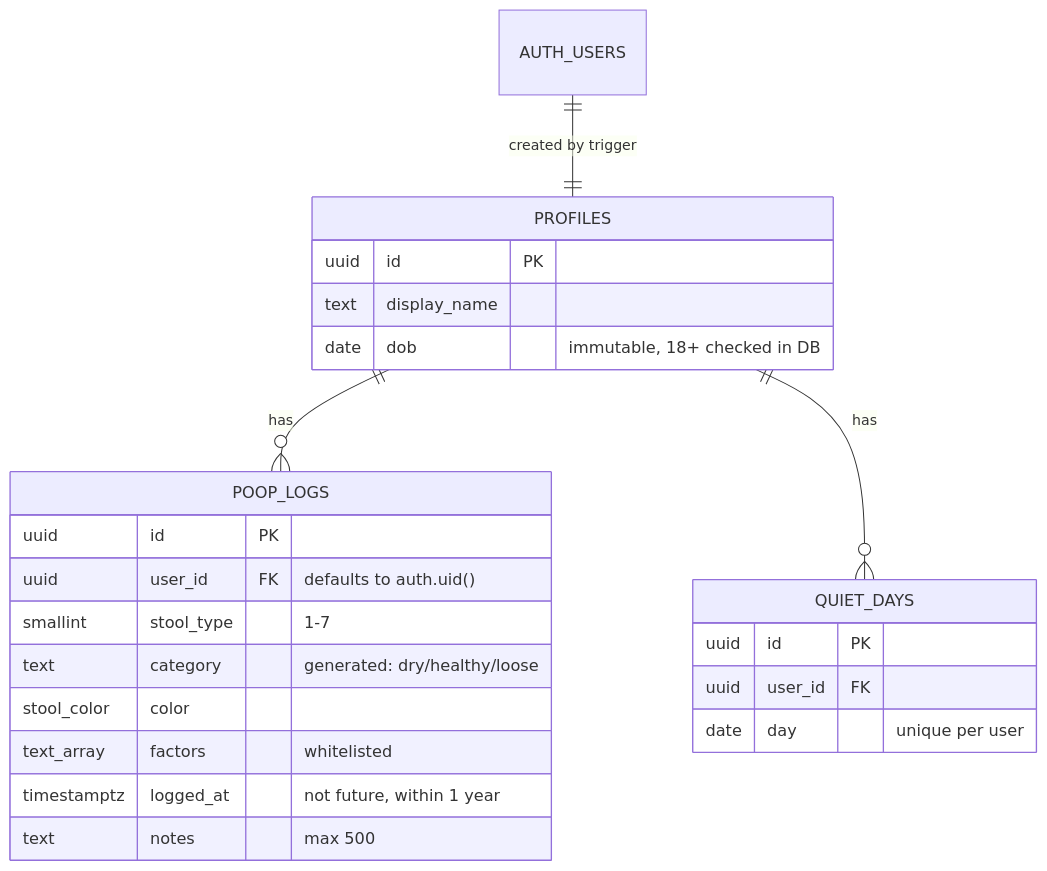
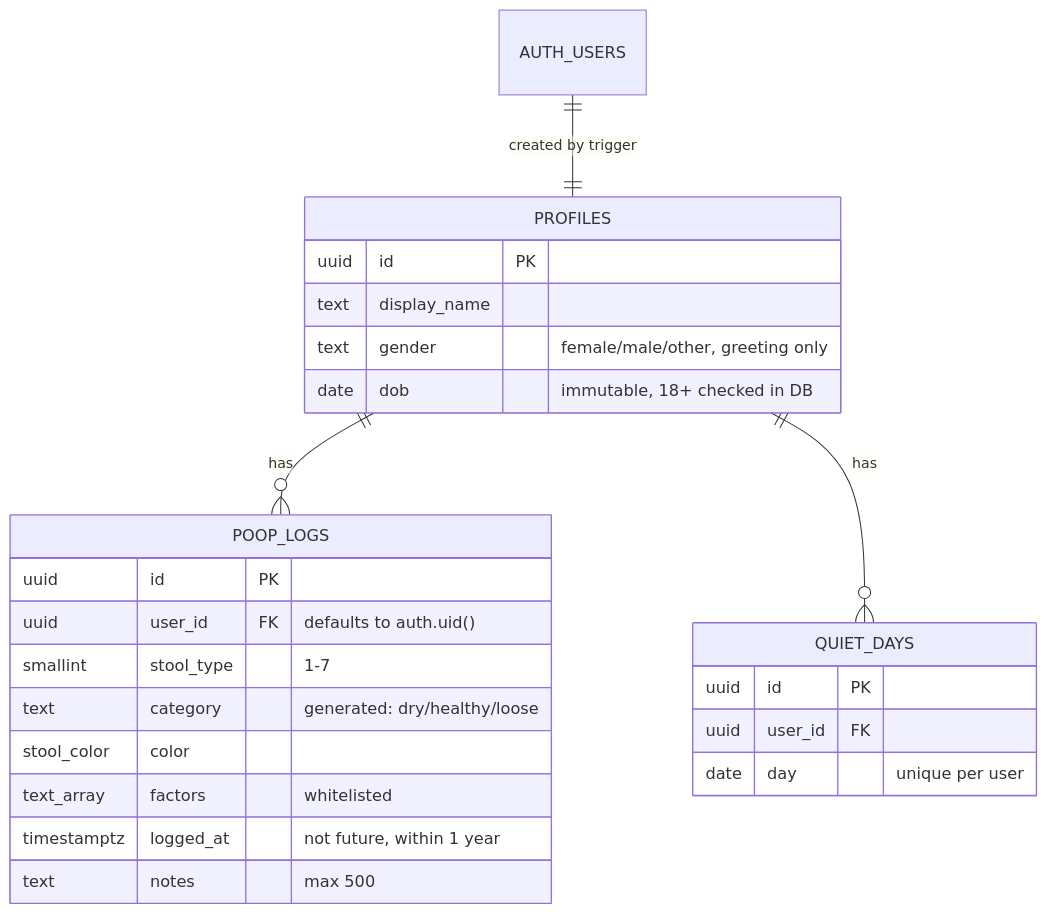
The second of 2 diagrams in README.md (jff-stack/stardrop-logs), drawn with Mermaid before and after one commit. The commit also changed other lines of this file and 30 other files, not shown here.

````diff
--- a/README.md
+++ b/README.md
@@ -89,27 +89,28 @@
 ```mermaid
 erDiagram
   AUTH_USERS ||--|| PROFILES : "created by trigger"
   PROFILES ||--o{ POOP_LOGS : has
   PROFILES ||--o{ QUIET_DAYS : has
 
   PROFILES {
     uuid id PK
     text display_name
+    text gender "female/male/other, greeting only"
     date dob "immutable, 18+ checked in DB"
   }
   POOP_LOGS {
     uuid id PK
     uuid user_id FK "defaults to auth.uid()"
     smallint stool_type "1-7"
     text category "generated: dry/healthy/loose"
     stool_color color
     text_array factors "whitelisted"
     timestamptz logged_at "not future, within 1 year"
     text notes "max 500"
   }
   QUIET_DAYS {
     uuid id PK
     uuid user_id FK
     date day "unique per user"
   }
 ```
````
